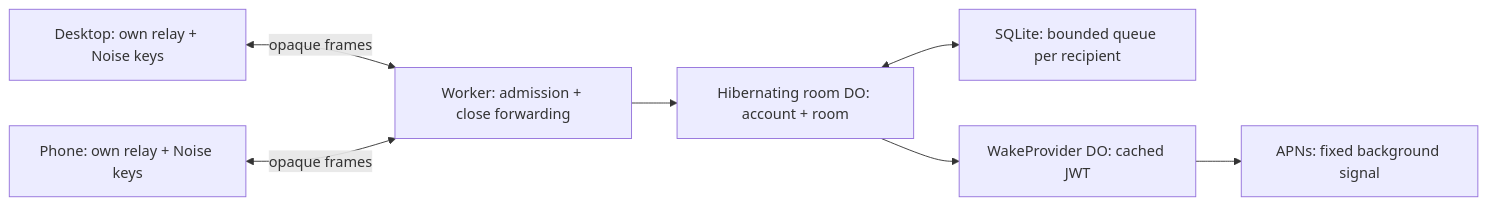
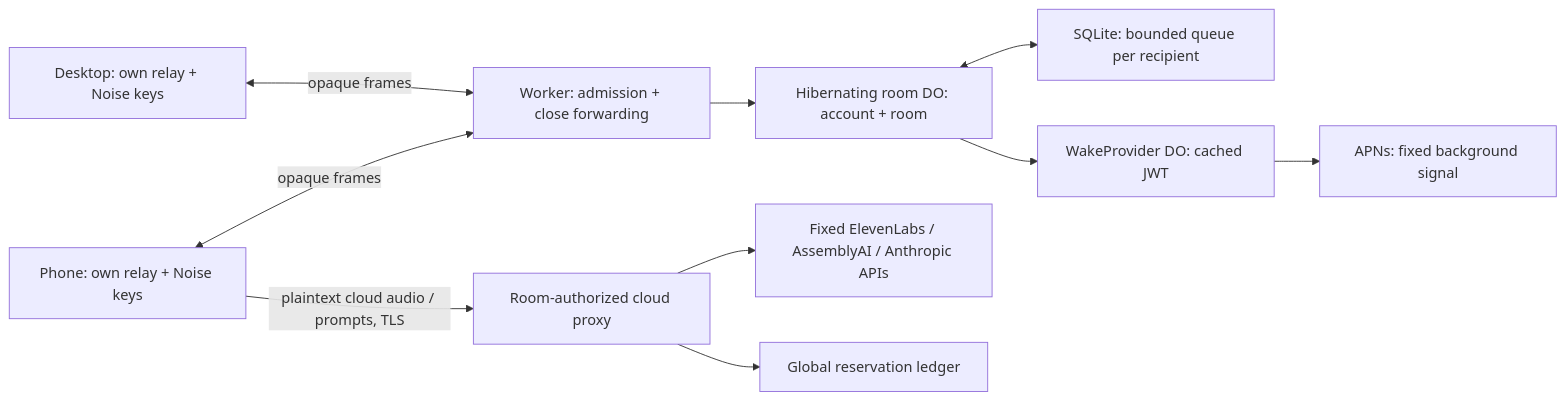
The diagram in SW/relay/README.md (Harwasch/voiceremote), drawn with Mermaid before and after one commit. The commit also changed other lines of this file and 14 other files, not shown here.

Commit message:
SW: relay proxy for cloud speech and Claude

````diff
--- a/SW/relay/README.md
+++ b/SW/relay/README.md
@@ -1,9 +1,12 @@
 ```mermaid
 flowchart LR
   Desktop[Desktop: own relay + Noise keys] <-->|opaque frames| Worker[Worker: admission + close forwarding]
   Phone[Phone: own relay + Noise keys] <-->|opaque frames| Worker
+  Phone -->|plaintext cloud audio / prompts, TLS| Cloud[Room-authorized cloud proxy]
+  Cloud --> Vendors[Fixed ElevenLabs / AssemblyAI / Anthropic APIs]
+  Cloud --> Budget[Global reservation ledger]
   Worker --> Room[Hibernating room DO: account + room]
   Room <--> Queue[SQLite: bounded queue per recipient]
   Room --> Wake[WakeProvider DO: cached JWT]
   Wake --> APNs[APNs: fixed background signal]
 ```
````
